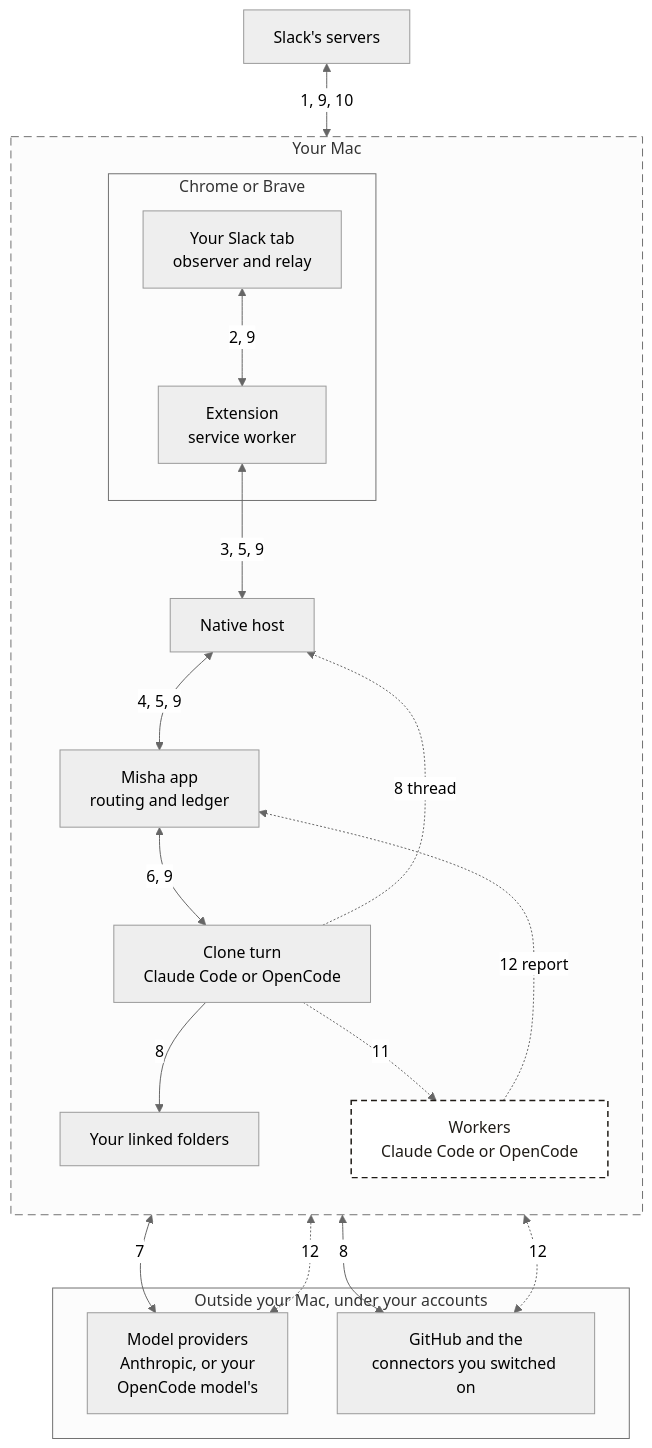
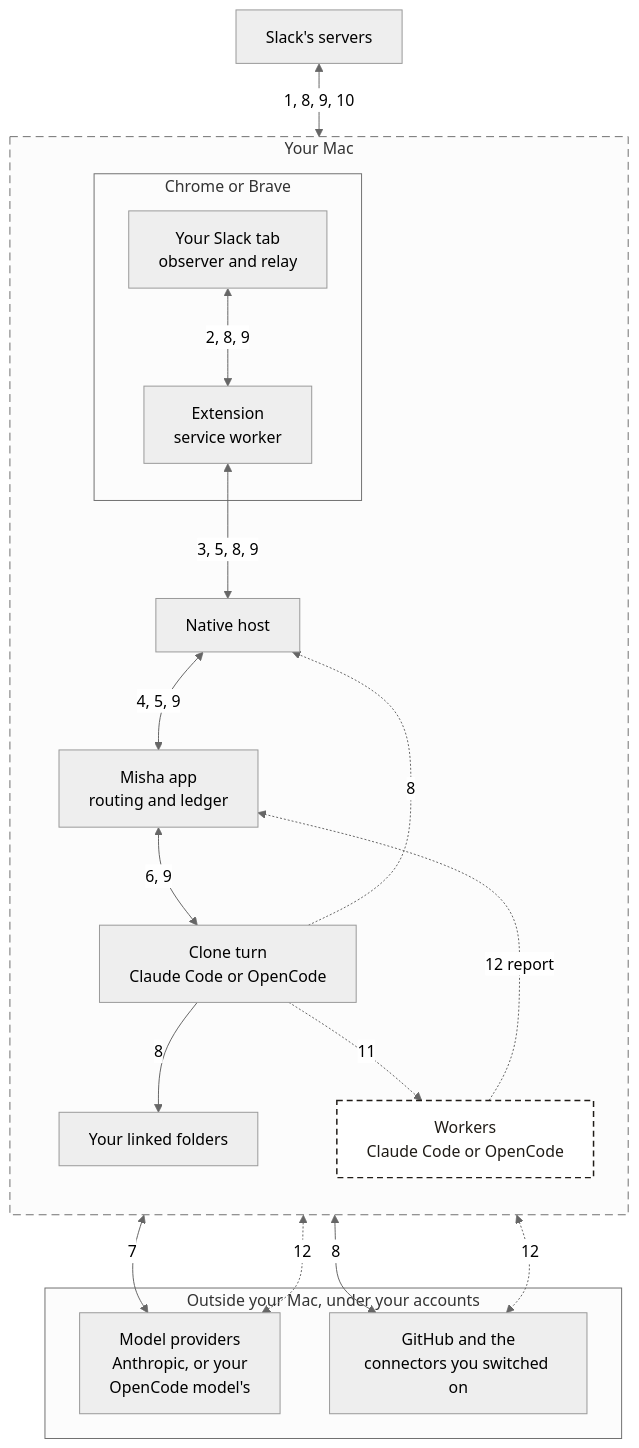
Before and after one commit to dumdummisha/docs: the diagram in diagrams/message-to-reply.mmd, drawn with Mermaid (neutral theme). The commit also changed 2 other files, not shown here.

```diff
--- a/diagrams/message-to-reply.mmd
+++ b/diagrams/message-to-reply.mmd
@@ -1,37 +1,37 @@
 flowchart TB
   accTitle: How a Slack message reaches your clone and its reply gets back
   accDescr: Inside your Mac, a message travels from your signed-in Slack tab to the extension service worker, the native host and the Misha app, which hands it to the clone turn. The app acknowledges it back to the service worker. The clone thinks with a model provider outside the Mac, reads the thread through the native host and your tab, reads your linked folders, and reads GitHub and your connected services. Its post goes back through the app, the native host, the service worker and the tab to Slack, which sends it back as an echo. On a turn that may start work, the clone starts a worker, which calls a model provider and your services and reports back to the app. Twelve numbered steps in the list under the diagram describe each arrow.
   slack["Slack's servers"]
   subgraph mac["Your Mac"]
     direction TB
     subgraph browser["Chrome or Brave"]
       tab["Your Slack tab<br/>observer and relay"]
       sw["Extension<br/>service worker"]
     end
     host["Native host"]
     app["Misha app<br/>routing and ledger"]
     clone["Clone turn<br/>Claude Code or OpenCode"]
     folders["Your linked folders"]
     workers["Workers<br/>Claude Code or OpenCode"]:::conditional
   end
   subgraph outside["Outside your Mac, under your accounts"]
     providers["Model providers<br/>Anthropic, or your<br/>OpenCode model's"]
     services["GitHub and the<br/>connectors you switched on"]
   end
 
-  slack <-->|"1, 9, 10"| tab
-  tab <-->|"2, 9"| sw
-  sw <-->|"3, 5, 9"| host
+  slack <-->|"1, 8, 9, 10"| tab
+  tab <-->|"2, 8, 9"| sw
+  sw <-->|"3, 5, 8, 9"| host
   host <-->|"4, 5, 9"| app
   app <-->|"6, 9"| clone
-  clone -.->|"8 thread"| host
+  clone -.->|"8"| host
   clone -->|"8"| folders
   clone <-->|"7"| providers
   clone <-->|"8"| services
   clone -.->|"11"| workers
   workers -.->|"12 report"| app
   workers <-.->|"12"| providers
   workers <-.->|"12"| services
 
   classDef conditional fill:#ffffff,stroke:#1f1b16,stroke-width:1.5px,stroke-dasharray:6 4,color:#1f1b16
   style mac stroke-dasharray:8 5
```
